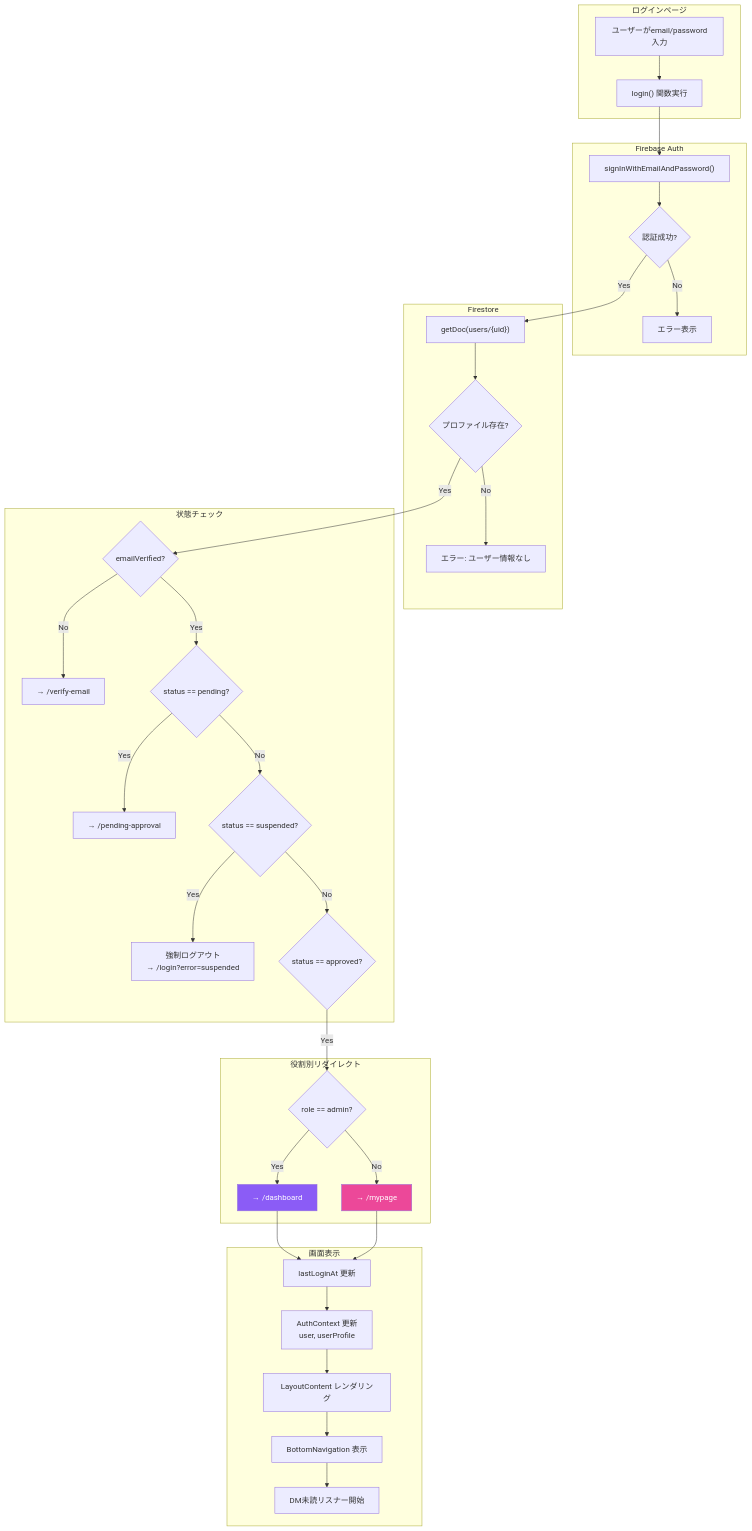
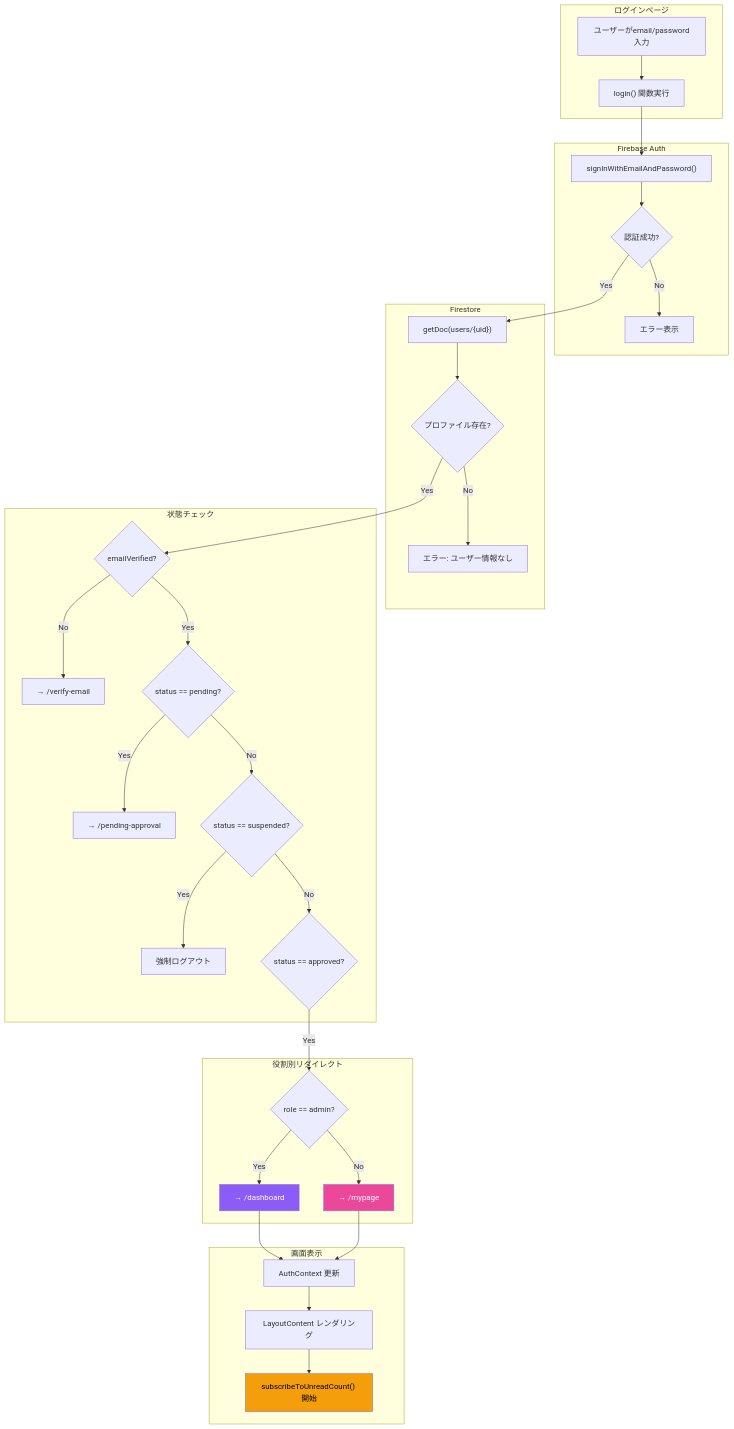
One commit to mokaland/cc-insight changed the fourth of 5 diagrams in docs/03_DATA_FLOW.md. Above: the diagram before and after it, drawn with Mermaid. The commit also changed other lines of this file and 2 other files, not shown here.

````diff
--- a/docs/03_DATA_FLOW.md
+++ b/docs/03_DATA_FLOW.md
@@ -175,72 +240,67 @@
 ```mermaid
 flowchart TD
-    subgraph "ログインページ"
+    subgraph Login["ログインページ"]
         A["ユーザーがemail/password入力"]
         B["login() 関数実行"]
     end
 
-    subgraph "Firebase Auth"
+    subgraph Auth["Firebase Auth"]
         C["signInWithEmailAndPassword()"]
         D{"認証成功?"}
         E["エラー表示"]
     end
 
-    subgraph "Firestore"
+    subgraph Profile["Firestore"]
         F["getDoc(users/{uid})"]
         G{"プロファイル存在?"}
         H["エラー: ユーザー情報なし"]
     end
 
-    subgraph "状態チェック"
+    subgraph Check["状態チェック"]
         I{"emailVerified?"}
         J["→ /verify-email"]
         K{"status == pending?"}
         L["→ /pending-approval"]
         M{"status == suspended?"}
-        N["強制ログアウト
-        → /login?error=suspended"]
+        N["強制ログアウト"]
         O{"status == approved?"}
     end
 
-    subgraph "役割別リダイレクト"
+    subgraph Redirect["役割別リダイレクト"]
         P{"role == admin?"}
         Q["→ /dashboard"]
         R["→ /mypage"]
     end
 
-    subgraph "画面表示"
-        S["lastLoginAt 更新"]
-        T["AuthContext 更新
-        user, userProfile"]
-        U["LayoutContent レンダリング"]
-        V["BottomNavigation 表示"]
-        W["DM未読リスナー開始"]
+    subgraph Display["画面表示"]
+        S["AuthContext 更新"]
+        T["LayoutContent レンダリング"]
+        U["subscribeToUnreadCount() 開始"]
     end
 
     A --> B
     B --> C
     C --> D
     D -->|No| E
     D -->|Yes| F
     F --> G
     G -->|No| H
     G -->|Yes| I
     I -->|No| J
     I -->|Yes| K
     K -->|Yes| L
     K -->|No| M
     M -->|Yes| N
     M -->|No| O
     O -->|Yes| P
     P -->|Yes| Q
     P -->|No| R
     Q --> S
     R --> S
     S --> T
     T --> U
-    U --> V
-    V --> W
 
     style Q fill:#8b5cf6,color:#fff
     style R fill:#ec4899,color:#fff
+    style U fill:#f59e0b,color:#000
 ```
````
